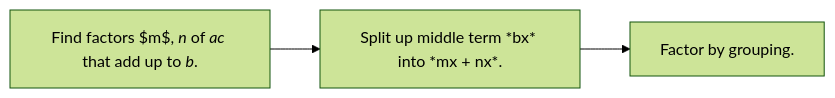
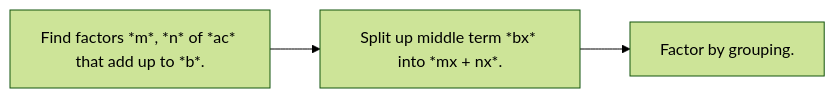
The first of 2 diagrams in _sources/docs/development-stuff/math-tests.md (jkeneda/jupyter-math-book), drawn with Mermaid (forest theme) before and after one commit. The commit also changed other lines of this file and 49 other files, not shown here.

````diff
--- a/_sources/docs/development-stuff/math-tests.md
+++ b/_sources/docs/development-stuff/math-tests.md
@@ -9,5 +9,5 @@
 ```{mermaid}
     flowchart LR
-        A["`Find factors $m$, *n* of *ac* that add up to *b*.`"] --> B[Split up middle term *bx* into *mx + nx*.]
+        A[Find factors *m*, *n* of *ac* that add up to *b*.] --> B[Split up middle term *bx* into *mx + nx*.]
         B --> C[Factor by grouping.]
 ```
````
